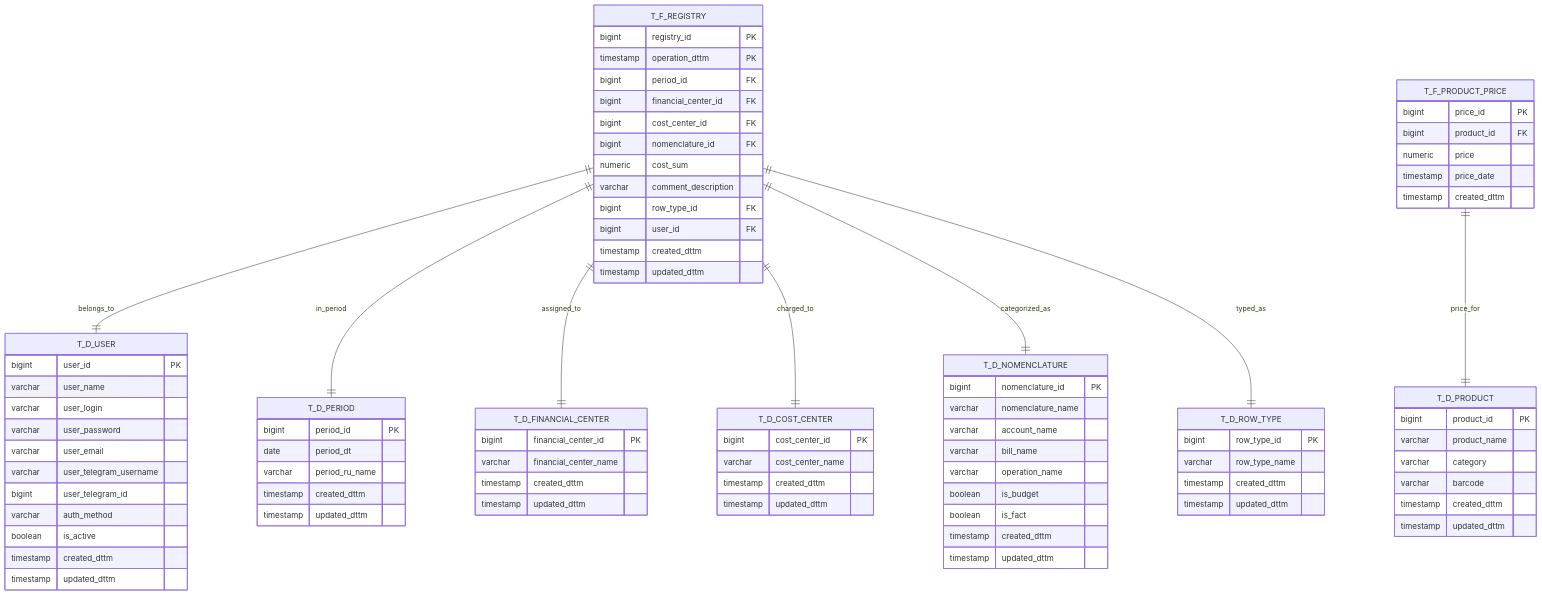
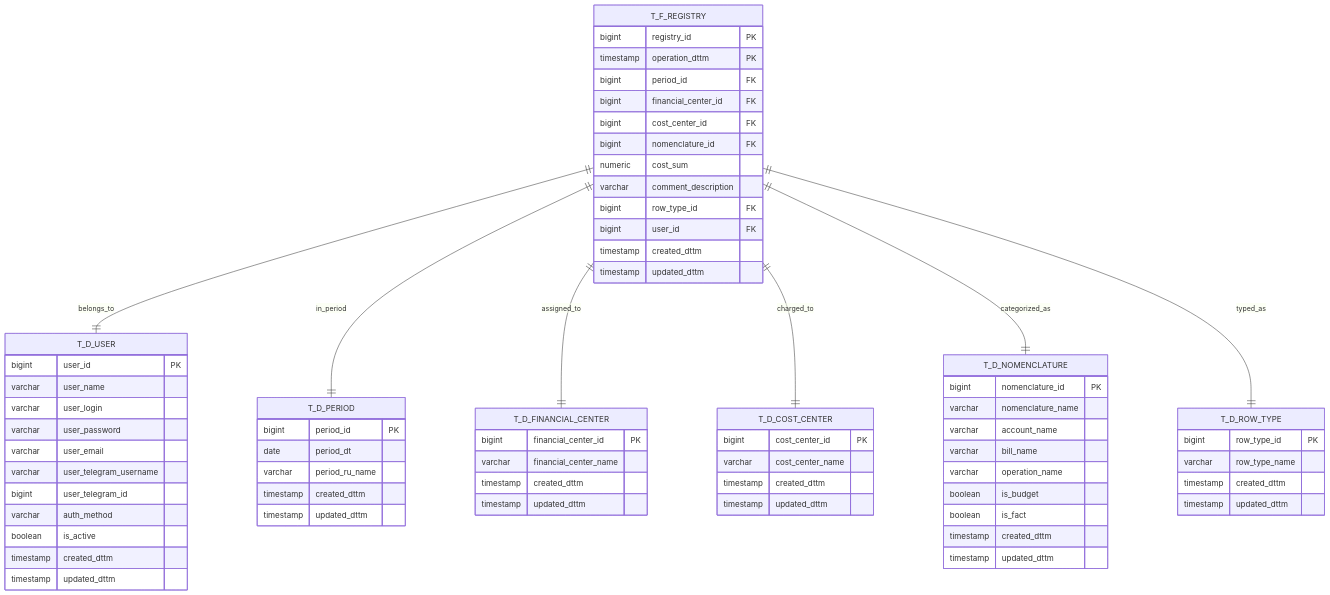
One commit to ikeniborn/familyBudget changed the third of 20 diagrams in docs/architecture/SYSTEM_ARCHITECTURE.md. Above: the diagram before and after it, drawn with Mermaid. The commit also changed other lines of this file and 55 other files, not shown here.

````diff
--- a/docs/architecture/SYSTEM_ARCHITECTURE.md
+++ b/docs/architecture/SYSTEM_ARCHITECTURE.md
@@ -207,22 +207,6 @@
         timestamp updated_dttm
     }
     
-    T_D_PRODUCT {
-        bigint product_id PK
-        varchar product_name
-        varchar category
-        varchar barcode
-        timestamp created_dttm
-        timestamp updated_dttm
-    }
-    
-    T_F_PRODUCT_PRICE {
-        bigint price_id PK
-        bigint product_id FK
-        numeric price
-        timestamp price_date
-        timestamp created_dttm
-    }
     
     T_F_REGISTRY ||--|| T_D_USER : belongs_to
     T_F_REGISTRY ||--|| T_D_PERIOD : in_period
@@ -230,5 +214,4 @@
     T_F_REGISTRY ||--|| T_D_COST_CENTER : charged_to
     T_F_REGISTRY ||--|| T_D_NOMENCLATURE : categorized_as
     T_F_REGISTRY ||--|| T_D_ROW_TYPE : typed_as
-    T_F_PRODUCT_PRICE ||--|| T_D_PRODUCT : price_for
 ```
````
